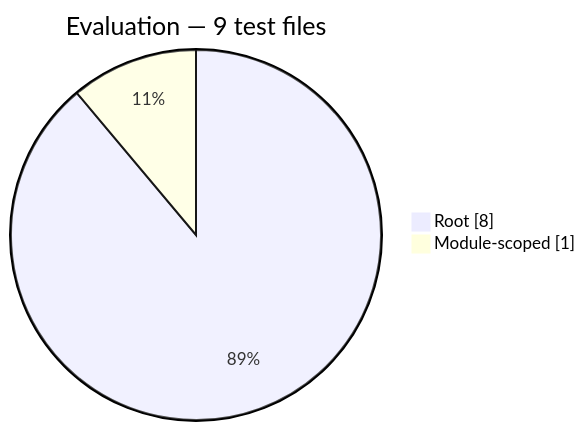
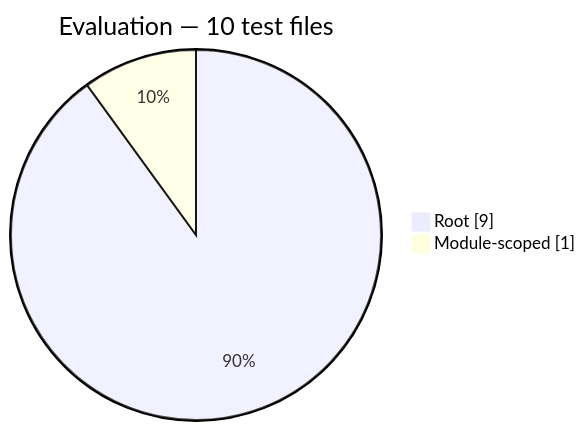
One commit to Mohammed-Alama/php-arazzo changed the third of 12 diagrams in docs/generated/test-composition.md. Above: the diagram before and after it, drawn with Mermaid. The commit also changed other lines of this file and 51 other files, not shown here.

````diff
--- a/docs/generated/test-composition.md
+++ b/docs/generated/test-composition.md
@@ -42,6 +42,6 @@
 ```mermaid
 pie showData
-    title Evaluation — 9 test files
-    "Root": 8
+    title Evaluation — 10 test files
+    "Root": 9
     "Module-scoped": 1
 ```
````
